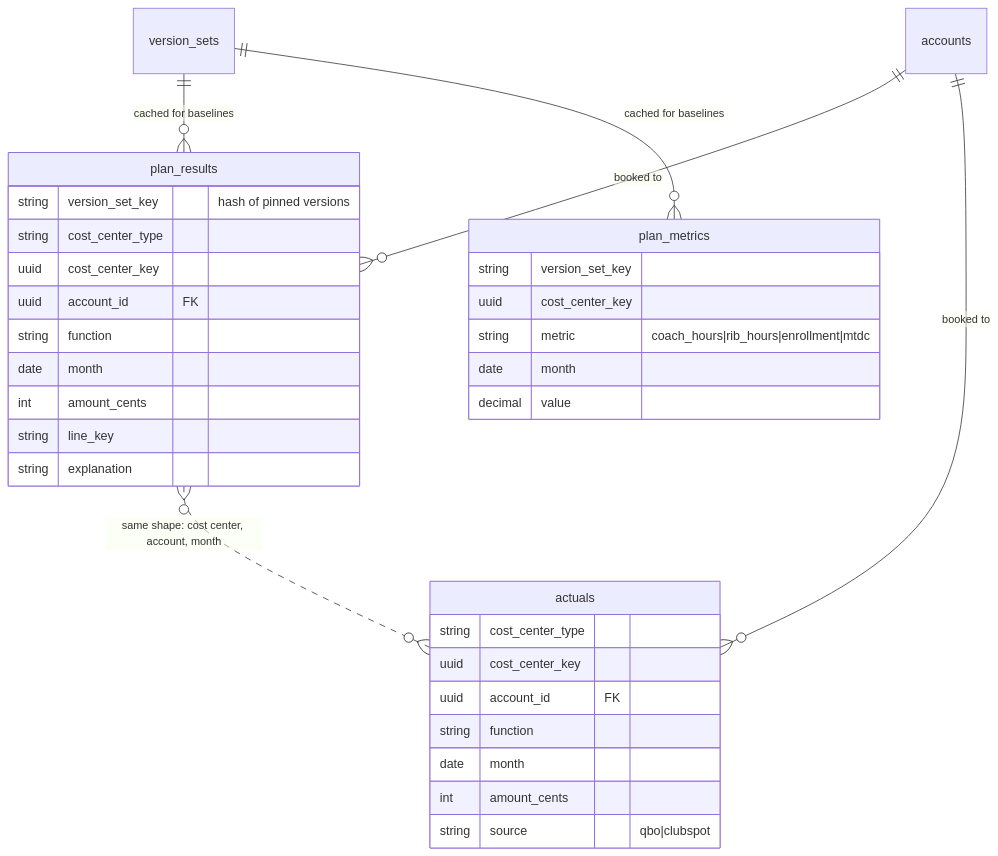
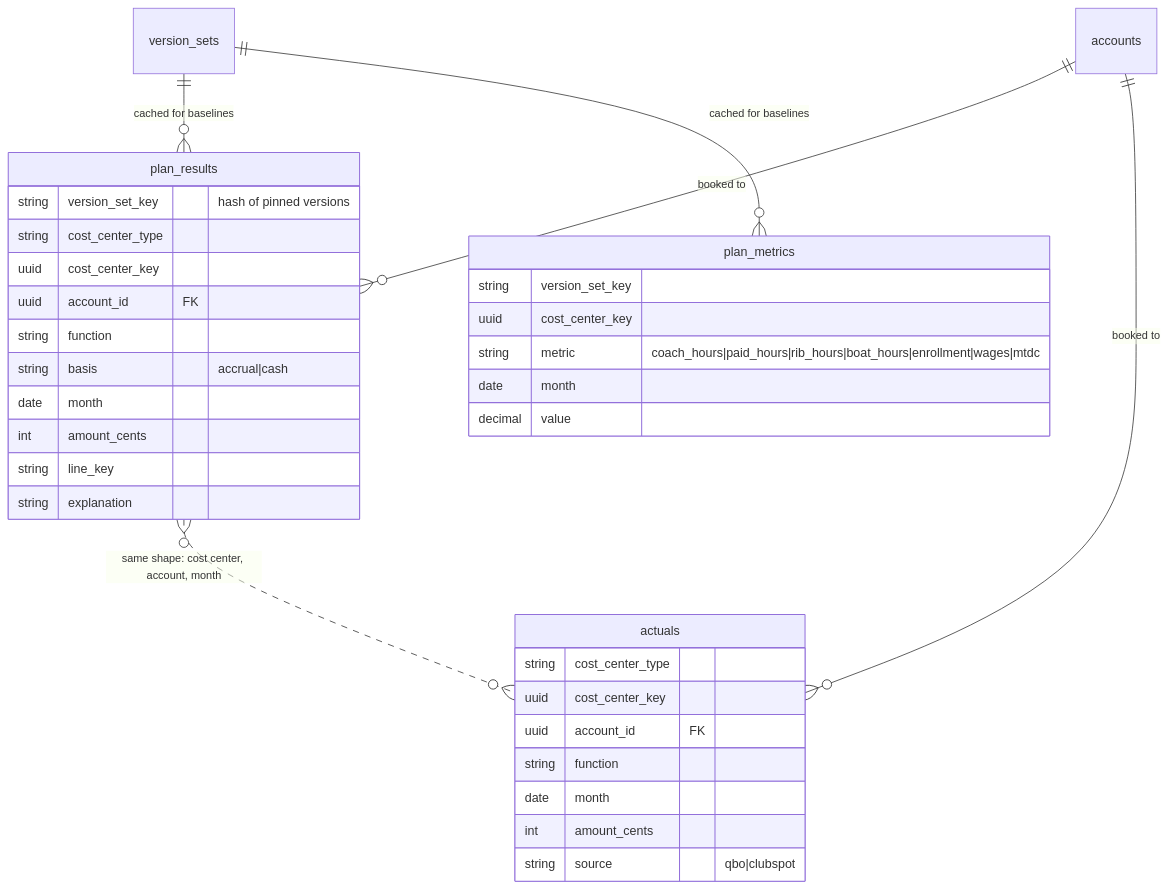
Before and after one commit to cyc-seattle/isthmia: the fifth of 5 diagrams in docs/planning-schema.md, drawn with Mermaid. The commit also changed other lines of this file, not shown here.

Commit message:
docs: extend the planning schema for spreadsheet and project-two gaps

````diff
--- a/docs/planning-schema.md
+++ b/docs/planning-schema.md
@@ -329,36 +427,37 @@
 ```mermaid
 erDiagram
     version_sets ||--o{ plan_results : "cached for baselines"
     version_sets ||--o{ plan_metrics : "cached for baselines"
     accounts ||--o{ plan_results : "booked to"
     accounts ||--o{ actuals : "booked to"
     plan_results }o..o{ actuals : "same shape: cost center, account, month"
 
     plan_results {
         string version_set_key "hash of pinned versions"
         string cost_center_type
         uuid cost_center_key
         uuid account_id FK
         string function
+        string basis "accrual|cash"
         date month
         int amount_cents
         string line_key
         string explanation
     }
     plan_metrics {
         string version_set_key
         uuid cost_center_key
-        string metric "coach_hours|rib_hours|enrollment|mtdc"
+        string metric "coach_hours|paid_hours|rib_hours|boat_hours|enrollment|wages|mtdc"
         date month
         decimal value
     }
     actuals {
         string cost_center_type
         uuid cost_center_key
         uuid account_id FK
         string function
         date month
         int amount_cents
         string source "qbo|clubspot"
     }
 ```
````
